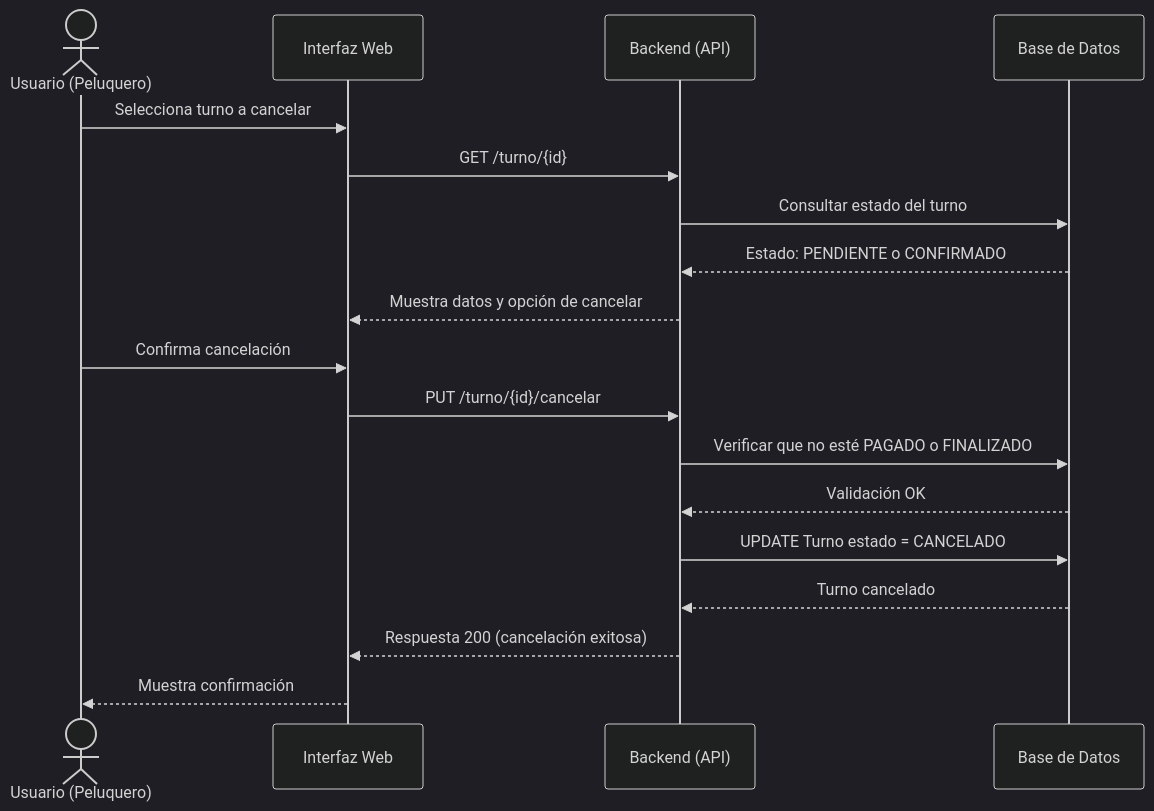
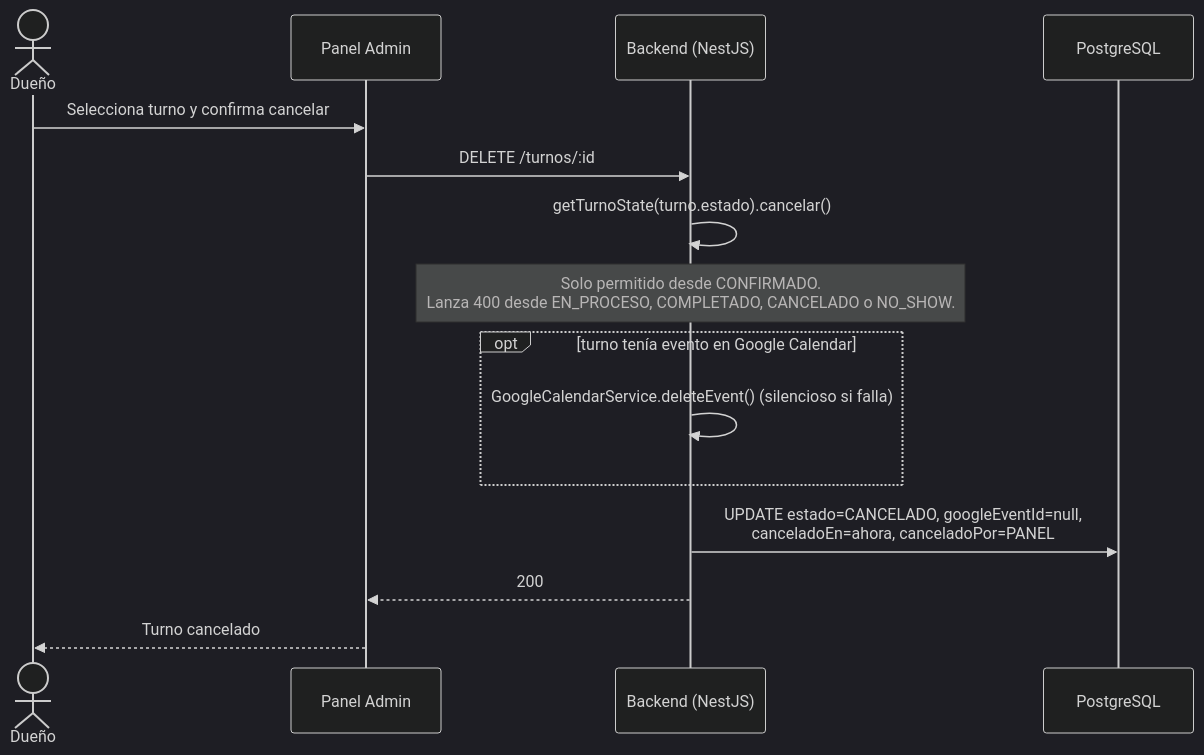
Before and after one commit to Lean-98/generic-barber: the sixth of 13 diagrams in diagramas-arquitectura-software/diagramas-procesos.md, drawn with Mermaid (dark theme). The commit also changed other lines of this file and 9 other files, not shown here.

````diff
--- a/diagramas-arquitectura-software/diagramas-procesos.md
+++ b/diagramas-arquitectura-software/diagramas-procesos.md
@@ -57,21 +190,18 @@
 ```mermaid
 sequenceDiagram
-    actor Usuario as Usuario (Peluquero)
-    participant UI as Interfaz Web
-    participant API as Backend (API)
-    participant DB as Base de Datos
+    actor Dueño
+    participant UI as Panel Admin
+    participant API as Backend (NestJS)
+    participant DB as PostgreSQL
 
-    Usuario->>UI: Selecciona turno a cancelar
-    UI->>API: GET /turno/{id}
-    API->>DB: Consultar estado del turno
-    DB-->>API: Estado: PENDIENTE o CONFIRMADO
-    API-->>UI: Muestra datos y opción de cancelar
-    Usuario->>UI: Confirma cancelación
-    UI->>API: PUT /turno/{id}/cancelar
-    API->>DB: Verificar que no esté PAGADO o FINALIZADO
-    DB-->>API: Validación OK
-    API->>DB: UPDATE Turno estado = CANCELADO
-    DB-->>API: Turno cancelado
-    API-->>UI: Respuesta 200 (cancelación exitosa)
-    UI-->>Usuario: Muestra confirmación
+    Dueño->>UI: Selecciona turno y confirma cancelar
+    UI->>API: DELETE /turnos/:id
+    API->>API: getTurnoState(turno.estado).cancelar()
+    Note over API: Solo permitido desde CONFIRMADO.<br/>Lanza 400 desde EN_PROCESO, COMPLETADO, CANCELADO o NO_SHOW.
+    opt turno tenía evento en Google Calendar
+        API->>API: GoogleCalendarService.deleteEvent() (silencioso si falla)
+    end
+    API->>DB: UPDATE estado=CANCELADO, googleEventId=null,<br/>canceladoEn=ahora, canceladoPor=PANEL
+    API-->>UI: 200
+    UI-->>Dueño: Turno cancelado
 ```
````
